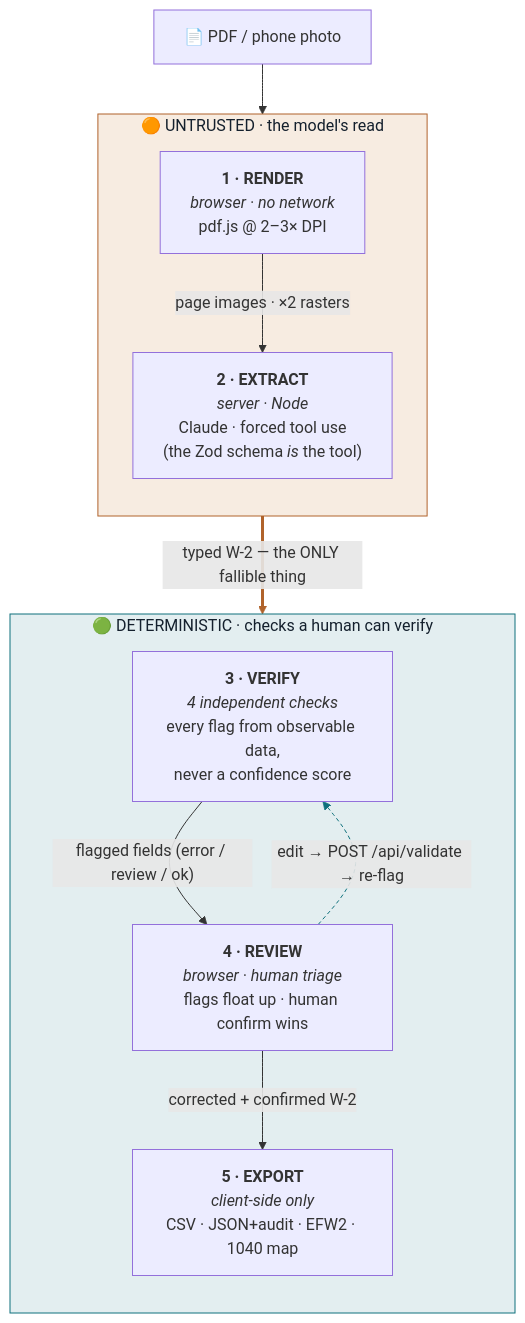
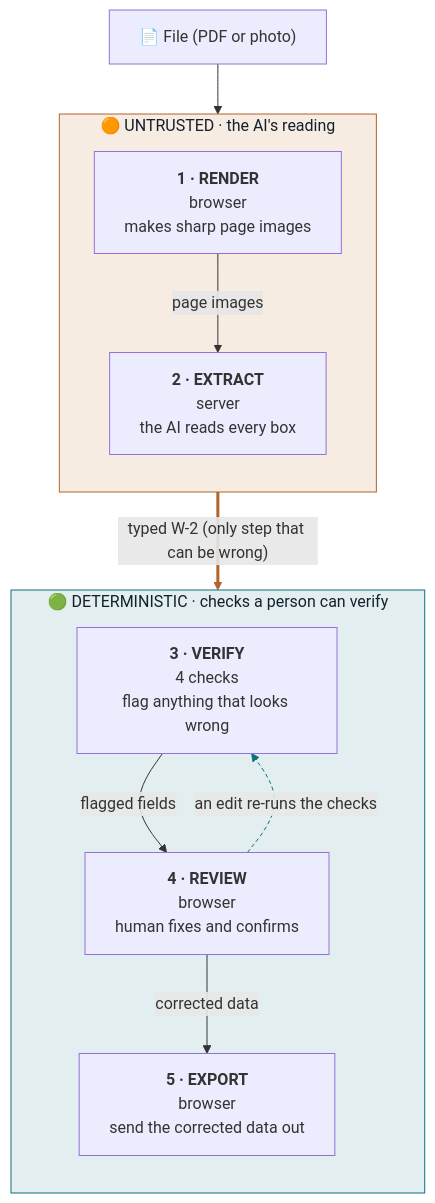
Before and after one commit to thak005004/trueform: the diagram in ARCHITECTURE.md, drawn with Mermaid. The commit also changed other lines of this file, not shown here.

Commit message:
docs: plain-language rewrite of ARCHITECTURE; remove all em/en dashes

````diff
--- a/ARCHITECTURE.md
+++ b/ARCHITECTURE.md
@@ -10,29 +9,29 @@
 ```mermaid
 flowchart TD
-    F["📄 PDF / phone photo"]
+    F["📄 File (PDF or photo)"]
 
-    subgraph UNTRUSTED["🟠 UNTRUSTED · the model's read"]
+    subgraph UNTRUSTED["🟠 UNTRUSTED · the AI's reading"]
         direction TB
-        R["<b>1 · RENDER</b><br/><i>browser · no network</i><br/>pdf.js @ 2–3× DPI"]
-        E["<b>2 · EXTRACT</b><br/><i>server · Node</i><br/>Claude · forced tool use<br/>(the Zod schema <i>is</i> the tool)"]
-        R -->|"page images · ×2 rasters"| E
+        R["<b>1 · RENDER</b><br/>browser<br/>makes sharp page images"]
+        E["<b>2 · EXTRACT</b><br/>server<br/>the AI reads every box"]
+        R -->|"page images"| E
     end
 
-    subgraph DET["🟢 DETERMINISTIC · checks a human can verify"]
+    subgraph DET["🟢 DETERMINISTIC · checks a person can verify"]
         direction TB
-        V["<b>3 · VERIFY</b><br/><i>4 independent checks</i><br/>every flag from observable data,<br/>never a confidence score"]
-        RV["<b>4 · REVIEW</b><br/><i>browser · human triage</i><br/>flags float up · human confirm wins"]
-        X["<b>5 · EXPORT</b><br/><i>client-side only</i><br/>CSV · JSON+audit · EFW2 · 1040 map"]
-        V -->|"flagged fields (error / review / ok)"| RV
-        RV -->|"corrected + confirmed W-2"| X
+        V["<b>3 · VERIFY</b><br/>4 checks<br/>flag anything that looks wrong"]
+        RV["<b>4 · REVIEW</b><br/>browser<br/>human fixes and confirms"]
+        X["<b>5 · EXPORT</b><br/>browser<br/>send the corrected data out"]
+        V -->|"flagged fields"| RV
+        RV -->|"corrected data"| X
     end
 
     F --> R
-    E ==>|"typed W-2 — the ONLY fallible thing"| V
-    RV -.->|"edit → POST /api/validate → re-flag"| V
+    E ==>|"typed W-2 (only step that can be wrong)"| V
+    RV -.->|"an edit re-runs the checks"| V
 
     style UNTRUSTED fill:#f7ece1,stroke:#B0632B,color:#14202D
     style DET fill:#e3eef0,stroke:#0F717C,color:#14202D
     linkStyle 4 stroke:#B0632B,stroke-width:3px
     linkStyle 5 stroke:#0F717C,stroke-dasharray:4 3
 ```
````
